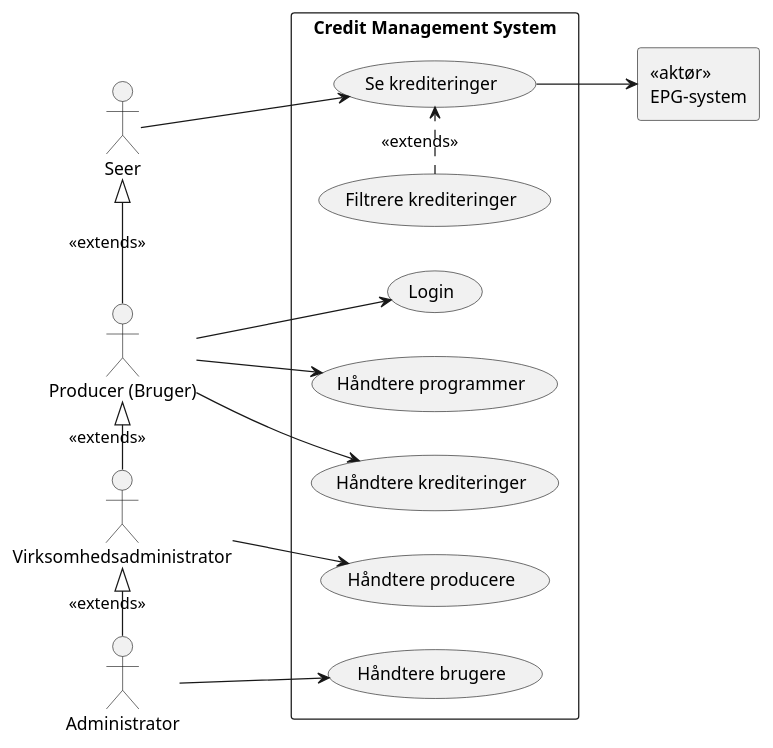
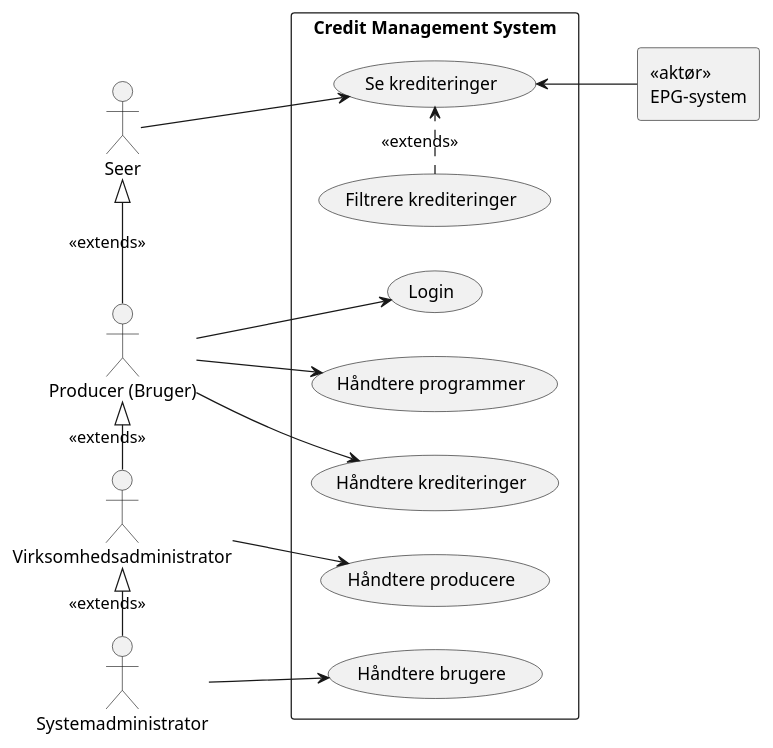
One commit to amatzen/SE02-SE-G02-SPRO changed the diagram in uml/use_case/UseCase.puml. Above: the diagram before and after it, drawn with PlantUML.

Commit message:
Swapped EPG arrow

```diff
--- a/uml/use_case/UseCase.puml
+++ b/uml/use_case/UseCase.puml
@@ -1,41 +1,41 @@
 @startuml
 'https://plantuml.com/use-case-diagram
 left to right direction
 
 actor "Producer (Bruger)" as producer
-actor Administrator as administrator
+actor Systemadministrator as administrator
 actor Seer as seer
 actor Virksomhedsadministrator as virksomhedsadministrator
 rectangle "<<aktør>>\nEPG-system" as epg
 
 rectangle "Credit Management System" {
     usecase (Login)
     usecase "Håndtere producere" as (Håndtere producere)
     usecase "Håndtere programmer" as (Håndtere programmer)
     usecase "Håndtere brugere" as (Håndtere brugere)
     usecase "Håndtere krediteringer" as (Håndtere krediteringer)
     usecase "Se krediteringer" as (Se krediteringer)
     usecase "Filtrere krediteringer" as (Filtrere krediteringer)
     (Filtrere krediteringer) .> (Se krediteringer) : <<extends>>
 }
 
 producer --> (Håndtere programmer)
 producer --> (Håndtere krediteringer)
 producer --> (Login)
 
 administrator --> (Håndtere brugere)
 
 virksomhedsadministrator --> (Håndtere producere)
 
 seer --> (Se krediteringer)
 
-(Se krediteringer) --> epg
+(Se krediteringer) <-- epg
 
 
 administrator -l-|> virksomhedsadministrator : "<<extends>>"
 virksomhedsadministrator -l-|> producer : "<<extends>>"
 producer -l-|> seer : "<<extends>>"
 
 
 
 @enduml
```
